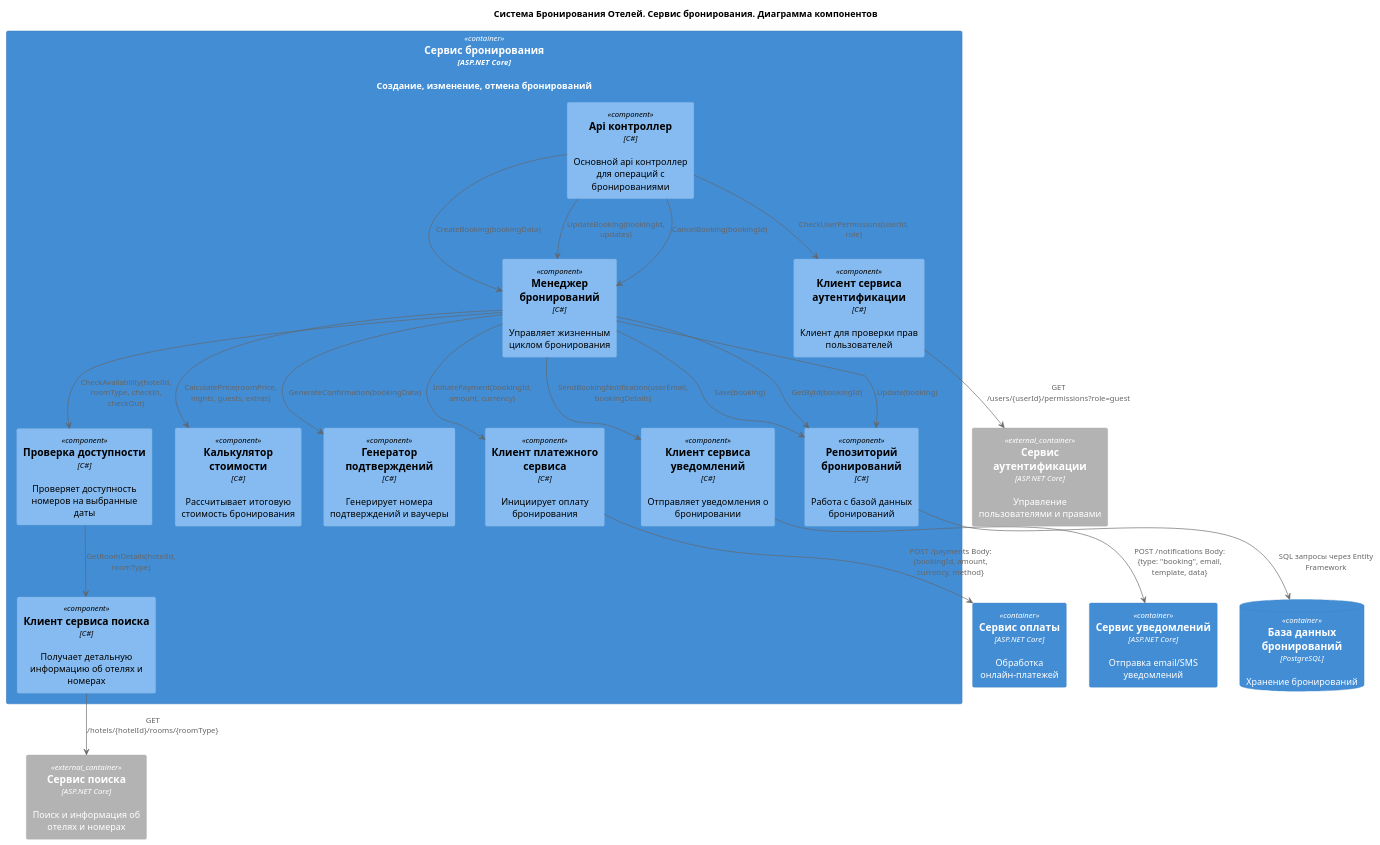
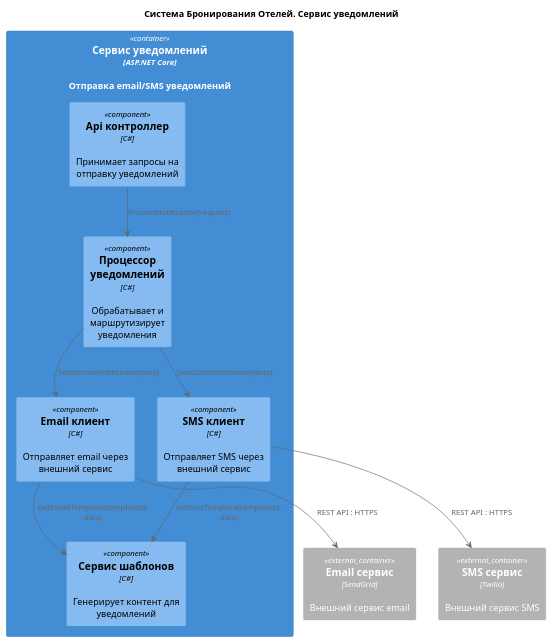
The diagram in 2. Технический проект/c4-component.puml (neegorolewa/project-doc), drawn with PlantUML before and after one commit. The commit also changed 2 other files, not shown here.

```diff
--- a/2. Технический проект/c4-component.puml
+++ b/2. Технический проект/c4-component.puml
@@ -1,58 +1,31 @@
-@startuml HotelBookingSystem Компоненты
+@startuml
 
 !include https://raw.githubusercontent.com/plantuml-stdlib/C4-PlantUML/master/C4_Component.puml
 
-title "Система Бронирования Отелей. Сервис бронирования. Диаграмма компонентов"
+title "Система Бронирования Отелей. Сервис уведомлений"
 
-Container(bookingService, "Сервис бронирования", "ASP.NET Core", "Создание, изменение, отмена бронирований") {
+Container(notificationService, "Сервис уведомлений", "ASP.NET Core", "Отправка email/SMS уведомлений") {
     
-    Component(bookingController, "Api контроллер", "C#", "Основной api контроллер для операций с бронированиями")
-
-    Component(authClient, "Клиент сервиса аутентификации", "C#", "Клиент для проверки прав пользователей")
-        bookingController --> authClient : CheckUserPermissions(userId, role)
+    Component(notificationController, "Api контроллер", "C#", "Принимает запросы на отправку уведомлений")
     
-    Component(bookingManager, "Менеджер бронирований", "C#", "Управляет жизненным циклом бронирования")
-        bookingController --> bookingManager : CreateBooking(bookingData)
-        bookingController --> bookingManager : UpdateBooking(bookingId, updates)
-        bookingController --> bookingManager : CancelBooking(bookingId)
-
-    Component(availabilityChecker, "Проверка доступности", "C#", "Проверяет доступность номеров на выбранные даты")
-        bookingManager --> availabilityChecker : CheckAvailability(hotelId, roomType, checkIn, checkOut)
-
-    Component(priceCalculator, "Калькулятор стоимости", "C#", "Рассчитывает итоговую стоимость бронирования")
-        bookingManager --> priceCalculator : CalculatePrice(roomPrice, nights, guests, extras)
-
-    Component(confirmationGenerator, "Генератор подтверждений", "C#", "Генерирует номера подтверждений и ваучеры")
-        bookingManager --> confirmationGenerator : GenerateConfirmation(bookingData)
-
-    Component(paymentClient, "Клиент платежного сервиса", "C#", "Инициирует оплату бронирования")
-        bookingManager --> paymentClient : InitiatePayment(bookingId, amount, currency)
-
-    Component(notificationClient, "Клиент сервиса уведомлений", "C#", "Отправляет уведомления о бронировании")
-        bookingManager --> notificationClient : SendBookingNotification(userEmail, bookingDetails)
-
-    Component(bookingRepository, "Репозиторий бронирований", "C#", "Работа с базой данных бронирований")
-        bookingManager --> bookingRepository : Save(booking)
-        bookingManager --> bookingRepository : GetById(bookingId)
-        bookingManager --> bookingRepository : Update(booking)
-
-    Component(searchClient, "Клиент сервиса поиска", "C#", "Получает детальную информацию об отелях и номерах")
-        availabilityChecker --> searchClient : GetRoomDetails(hotelId, roomType)
+    Component(notificationProcessor, "Процессор уведомлений", "C#", "Обрабатывает и маршрутизирует уведомления")
+        notificationController --> notificationProcessor : "ProcessNotification(request)"
+    
+    Component(emailServiceClient, "Email клиент", "C#", "Отправляет email через внешний сервис")
+        notificationProcessor --> emailServiceClient : "SendEmailNotification(data)"
+    
+    Component(smsServiceClient, "SMS клиент", "C#", "Отправляет SMS через внешний сервис")
+        notificationProcessor --> smsServiceClient : "SendSmsNotification(data)"
+    
+    Component(templateService, "Сервис шаблонов", "C#", "Генерирует контент для уведомлений")
+        emailServiceClient --> templateService : "GetEmailTemplate(templateId, data)"
+        smsServiceClient --> templateService : "GetSmsTemplate(templateId, data)"
 }
 
-Container_Ext(authService, "Сервис аутентификации", "ASP.NET Core", "Управление пользователями и правами")
-    authClient --> authService : GET /users/{userId}/permissions?role=guest
+Container_Ext(emailService, "Email сервис", "SendGrid", "Внешний сервис email")
+    emailServiceClient --> emailService : "REST API : HTTPS"
 
-Container_Ext(searchService, "Сервис поиска", "ASP.NET Core", "Поиск и информация об отелях и номерах")
-    searchClient --> searchService : GET /hotels/{hotelId}/rooms/{roomType}
-
-Container(paymentService, "Сервис оплаты", "ASP.NET Core", "Обработка онлайн-платежей")
-    paymentClient --> paymentService : POST /payments Body: {bookingId, amount, currency, method}
-
-Container(notificationService, "Сервис уведомлений", "ASP.NET Core", "Отправка email/SMS уведомлений")
-    notificationClient --> notificationService : POST /notifications Body: {type: "booking", email, template, data}
-
-ContainerDb(bookingDb, "База данных бронирований", "PostgreSQL", "Хранение бронирований")
-    bookingRepository --> bookingDb : SQL запросы через Entity Framework
+Container_Ext(smsService, "SMS сервис", "Twilio", "Внешний сервис SMS")
+    smsServiceClient --> smsService : "REST API : HTTPS"
 
 @enduml
```
